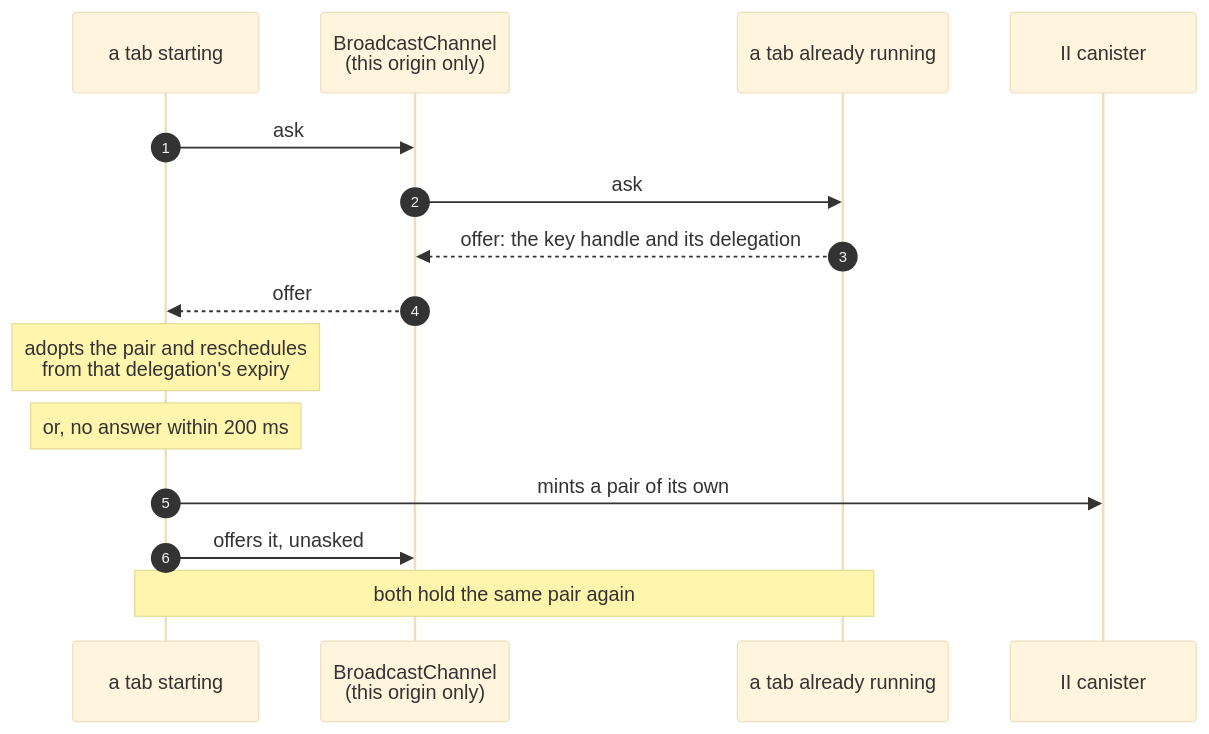
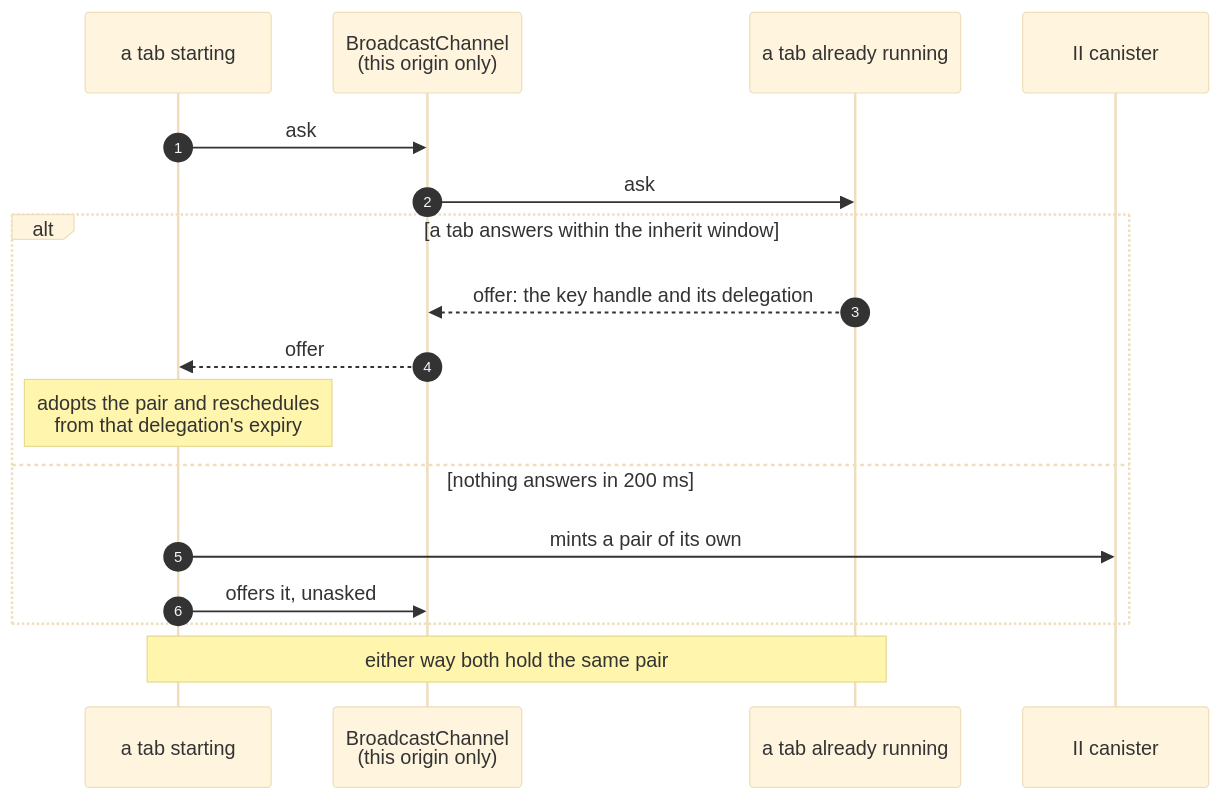
The third of 5 diagrams in docs/ongoing/client-app-sessions.md (dfinity/internet-identity), drawn with Mermaid (base theme) before and after one commit. The commit also changed other lines of this file, not shown here.

````diff
--- a/docs/ongoing/client-app-sessions.md
+++ b/docs/ongoing/client-app-sessions.md
@@ -233,18 +213,20 @@
 ```mermaid
 sequenceDiagram
     autonumber
     participant T2 as a tab starting
     participant BC as BroadcastChannel<br/>(this origin only)
     participant T1 as a tab already running
     participant II as II canister
 
     T2->>BC: ask
     BC->>T1: ask
-    T1-->>BC: offer: the key handle and its delegation
-    BC-->>T2: offer
-    Note over T2: adopts the pair and reschedules<br/>from that delegation's expiry
-    Note over T2: or, no answer within 200 ms
-    T2->>II: mints a pair of its own
-    T2->>BC: offers it, unasked
-    Note over T1,T2: both hold the same pair again
+    alt a tab answers within the inherit window
+        T1-->>BC: offer: the key handle and its delegation
+        BC-->>T2: offer
+        Note over T2: adopts the pair and reschedules<br/>from that delegation's expiry
+    else nothing answers in 200 ms
+        T2->>II: mints a pair of its own
+        T2->>BC: offers it, unasked
+    end
+    Note over T1,T2: either way both hold the same pair
 ```
````
